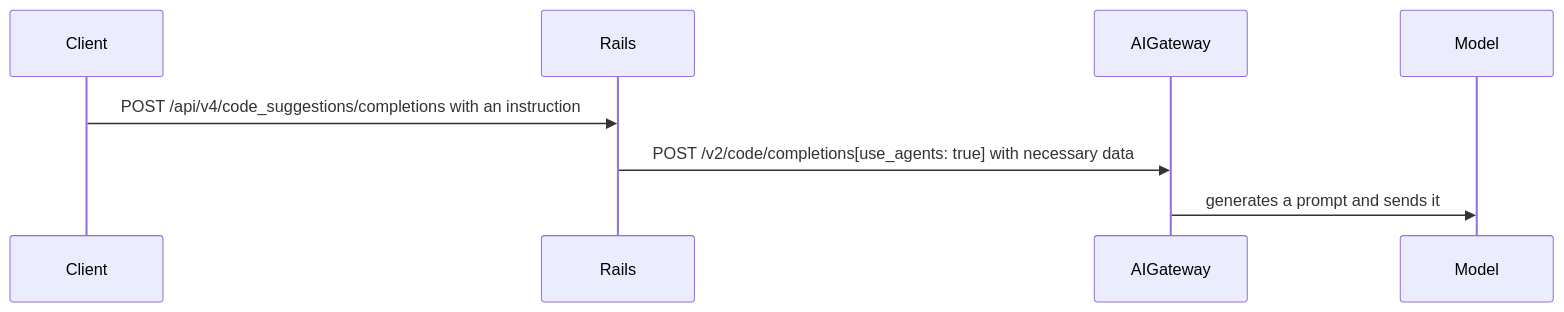
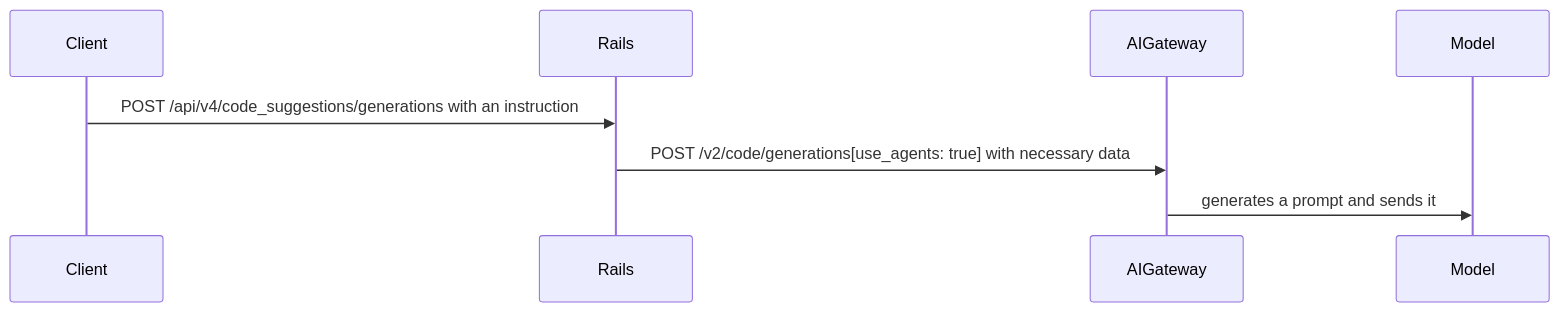
The fourth of 4 diagrams in content/handbook/engineering/architecture/design-documents/prompts_migration/_index.md (moliver28/research-handbook), drawn with Mermaid before and after one commit. The commit also changed other lines of this file, not shown here.

````diff
--- a/content/handbook/engineering/architecture/design-documents/prompts_migration/_index.md
+++ b/content/handbook/engineering/architecture/design-documents/prompts_migration/_index.md
@@ -156,11 +170,11 @@
 ```mermaid
 sequenceDiagram
     participant Client
     participant Rails
     participant AIGateway
     participant Model
 
-    Client ->> Rails: POST /api/v4/code_suggestions/completions with an instruction
-    Rails ->> AIGateway: POST /v2/code/completions[use_agents: true] with necessary data
+    Client ->> Rails: POST /api/v4/code_suggestions/generations with an instruction
+    Rails ->> AIGateway: POST /v2/code/generations[use_agents: true] with necessary data
     AIGateway ->> Model: generates a prompt and sends it
 ```
````
